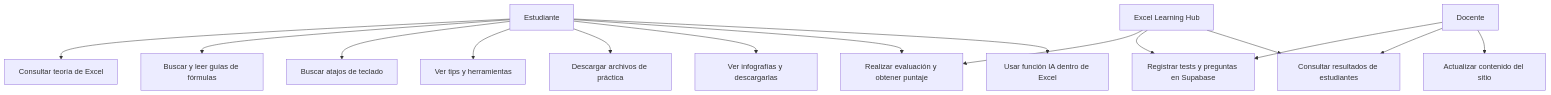
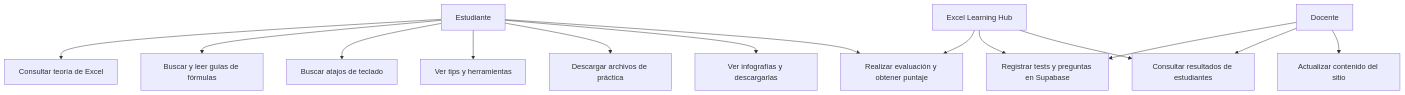
Before and after one commit to Samydex156/vanilla-blog-excel: the first of 2 diagrams in docs/CONTEXTO_PROYECTO.md, drawn with Mermaid. The commit also changed other lines of this file and 72 other files, not shown here.

````diff
--- a/docs/CONTEXTO_PROYECTO.md
+++ b/docs/CONTEXTO_PROYECTO.md
@@ -23,19 +22,18 @@
 ```mermaid
 flowchart TD
     E[Estudiante] --> U1[Consultar teoría de Excel]
     E --> U2[Buscar y leer guías de fórmulas]
     E --> U3[Buscar atajos de teclado]
     E --> U4[Ver tips y herramientas]
     E --> U5[Descargar archivos de práctica]
     E --> U6[Ver infografías y descargarlas]
     E --> U7[Realizar evaluación y obtener puntaje]
-    E --> U8[Usar función IA dentro de Excel]
 
-    D[Docente] --> U9[Registrar tests y preguntas en Supabase]
-    D --> U10[Consultar resultados de estudiantes]
-    D --> U11[Actualizar contenido del sitio]
+    D[Docente] --> U8[Registrar tests y preguntas en Supabase]
+    D --> U9[Consultar resultados de estudiantes]
+    D --> U10[Actualizar contenido del sitio]
 
     Sistema[Excel Learning Hub] --> U7
+    Sistema --> U8
     Sistema --> U9
-    Sistema --> U10
 ```
````
